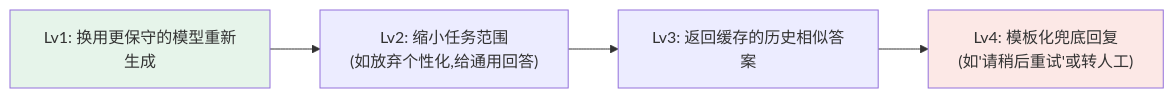
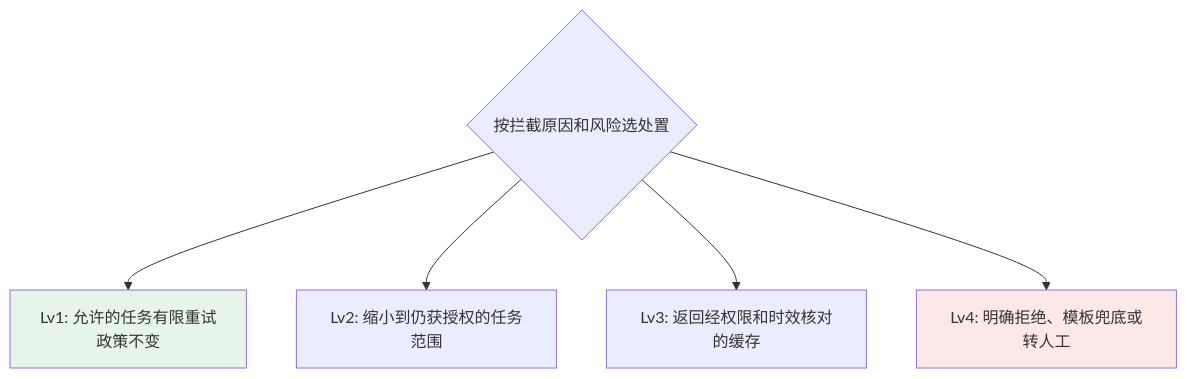
Before and after one commit to oneleaveknowsthefall/awesome-ai-roadmap: the second of 2 diagrams in docs/engineering/03-output-safety/06-guardrails-degradation.md, drawn with Mermaid. The commit also changed other lines of this file and 27 other files, not shown here.

````diff
--- a/docs/engineering/03-output-safety/06-guardrails-degradation.md
+++ b/docs/engineering/03-output-safety/06-guardrails-degradation.md
@@ -62,9 +62,10 @@
 ```mermaid
-flowchart LR
-    L1["Lv1: 换用更保守的模型重新生成"] --> L2["Lv2: 缩小任务范围<br/>(如放弃个性化,给通用回答)"]
-    L2 --> L3["Lv3: 返回缓存的历史相似答案"]
-    L3 --> L4["Lv4: 模板化兜底回复<br/>(如'请稍后重试'或转人工)"]
+flowchart TB
+    CAUSE{"按拦截原因和风险选处置"} --> L1["Lv1: 允许的任务有限重试<br/>政策不变"]
+    CAUSE --> L2["Lv2: 缩小到仍获授权的任务范围"]
+    CAUSE --> L3["Lv3: 返回经权限和时效核对的缓存"]
+    CAUSE --> L4["Lv4: 明确拒绝、模板兜底或转人工"]
 
     style L1 fill:#e6f4ea
     style L4 fill:#fce8e6
 ```
````
